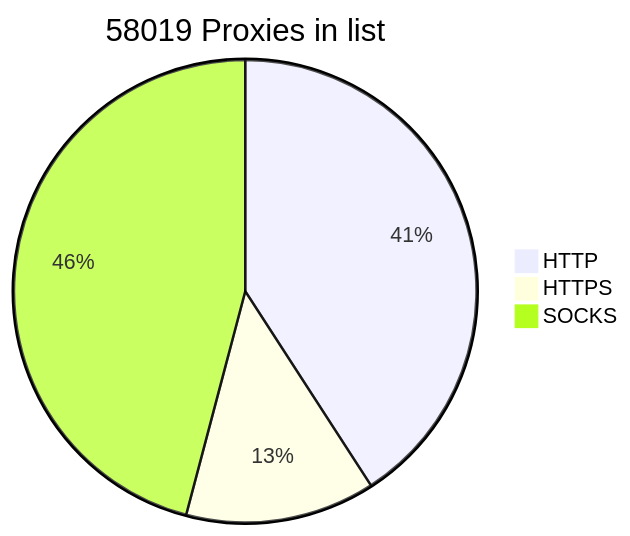
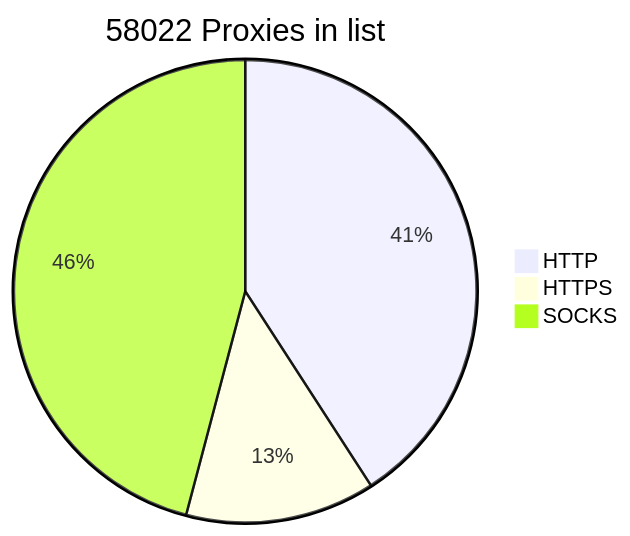
The diagram in README.md (BlackSnowDot/proxylist-update-every-minute), drawn with Mermaid before and after one commit.

````diff
--- a/README.md
+++ b/README.md
@@ -2,6 +2,6 @@
 ```mermaid
-pie title 58019 Proxies in list
-    "HTTP" : 26692
+pie title 58022 Proxies in list
+    "HTTP" : 26696
     "HTTPS": 8660
     "SOCKS" : 29977
 ```
````
